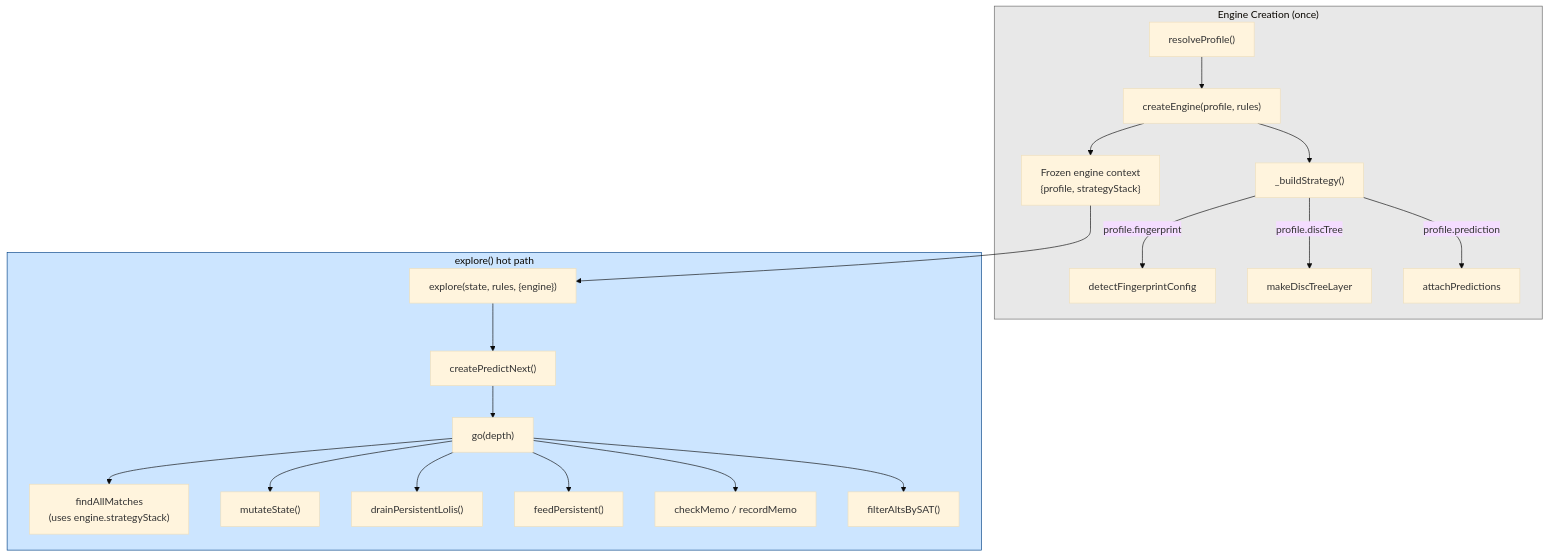
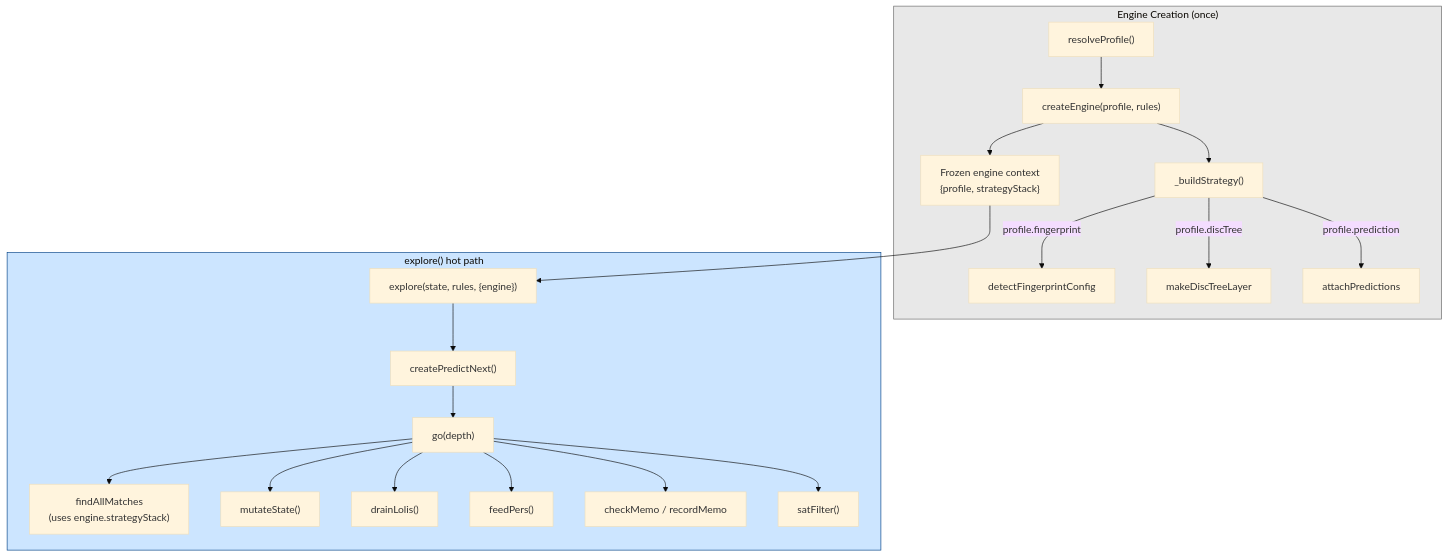
The diagram in doc/documentation/optimization-architecture.md (mhhf/calc), drawn with Mermaid (base theme) before and after one commit. The commit also changed other lines of this file and 127 other files, not shown here.

````diff
--- a/doc/documentation/optimization-architecture.md
+++ b/doc/documentation/optimization-architecture.md
@@ -93,26 +93,26 @@
 ```mermaid
 graph TB
     subgraph Startup["Engine Creation (once)"]
         PROFILE["resolveProfile()"] --> ENGINE["createEngine(profile, rules)"]
         ENGINE --> STRATEGY["_buildStrategy()"]
         STRATEGY --> |"profile.fingerprint"| FP["detectFingerprintConfig"]
         STRATEGY --> |"profile.discTree"| DT["makeDiscTreeLayer"]
         STRATEGY --> |"profile.prediction"| PRED["attachPredictions"]
         ENGINE --> FROZEN["Frozen engine context<br/>{profile, strategyStack}"]
     end
 
     subgraph Runtime["explore() hot path"]
         FROZEN --> EXPLORE["explore(state, rules, {engine})"]
         EXPLORE --> PREDICT["createPredictNext()"]
         PREDICT --> GO["go(depth)"]
         GO --> MATCH["findAllMatches<br/>(uses engine.strategyStack)"]
         GO --> MUTATE["mutateState()"]
-        GO --> DRAIN["drainPersistentLolis()"]
-        GO --> FEED["feedPersistent()"]
+        GO --> DRAIN["drainLolis()"]
+        GO --> FEED["feedPers()"]
         GO --> MEMO["checkMemo / recordMemo"]
-        GO --> SAT["filterAltsBySAT()"]
+        GO --> SAT["satFilter()"]
     end
 
     style Startup fill:#e8e8e8,stroke:#666
     style Runtime fill:#cce5ff,stroke:#004085
 ```
````
